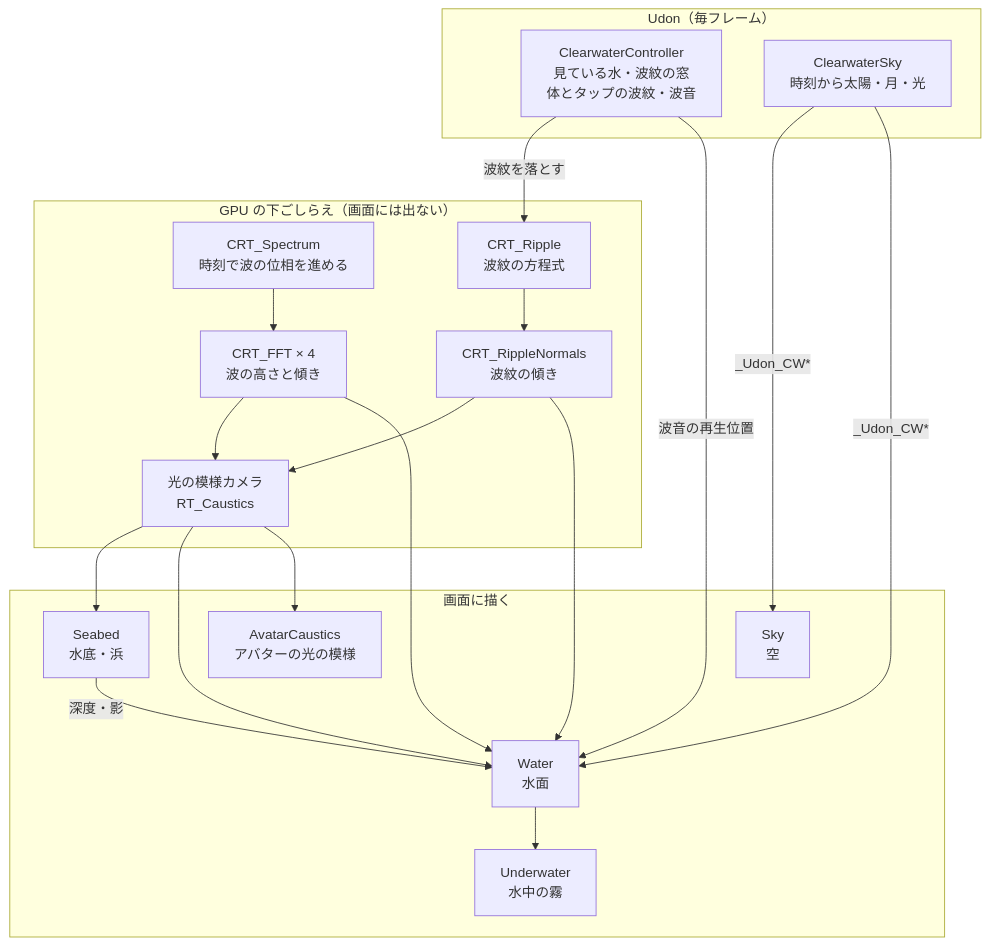
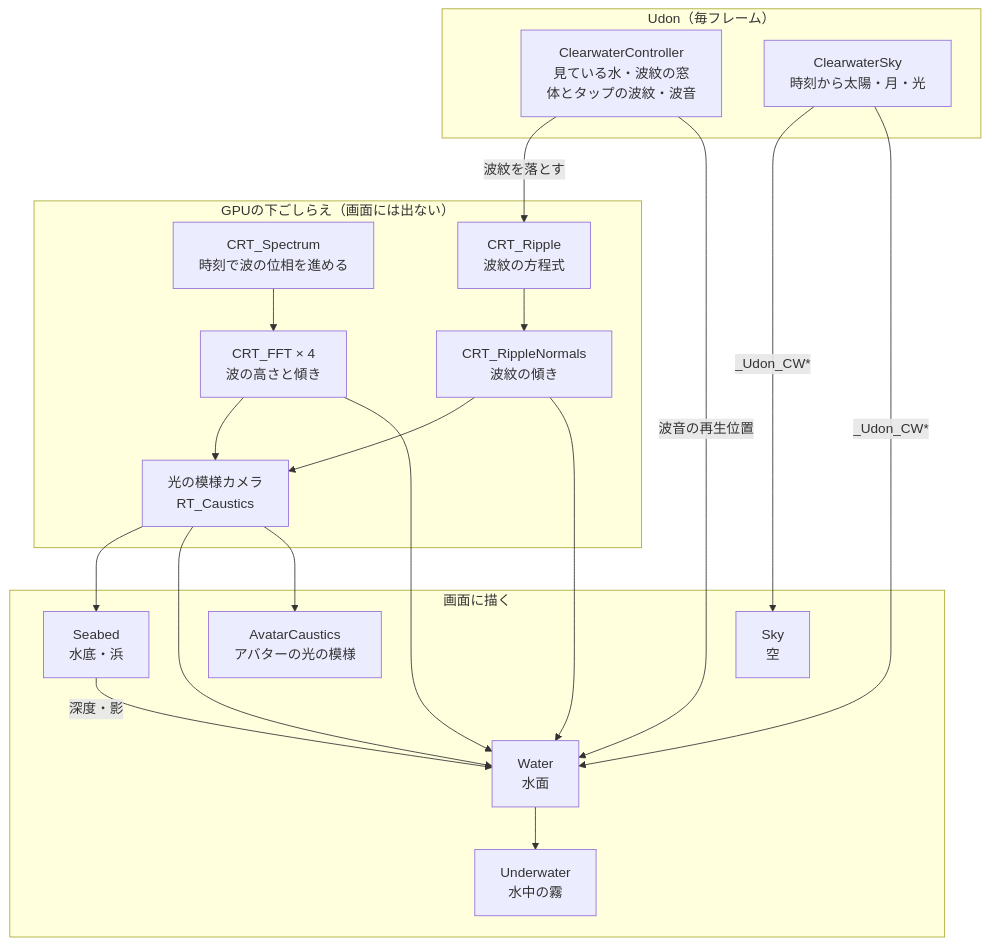
The first of 11 diagrams in docs/technical.md (bmbb93/clearwater-vrc), drawn with Mermaid before and after one commit. The commit also changed other lines of this file and 1 other file, not shown here.

````diff
--- a/docs/technical.md
+++ b/docs/technical.md
@@ -43,31 +43,31 @@
 ```mermaid
 flowchart TB
   subgraph U["Udon（毎フレーム）"]
     CTL["ClearwaterController<br/>見ている水・波紋の窓<br/>体とタップの波紋・波音"]
     SKY["ClearwaterSky<br/>時刻から太陽・月・光"]
   end
-  subgraph P["GPU の下ごしらえ（画面には出ない）"]
+  subgraph P["GPUの下ごしらえ（画面には出ない）"]
     SPEC["CRT_Spectrum<br/>時刻で波の位相を進める"] --> FFT["CRT_FFT × 4<br/>波の高さと傾き"]
     RIP["CRT_Ripple<br/>波紋の方程式"] --> RIPN["CRT_RippleNormals<br/>波紋の傾き"]
     FFT --> CAUS["光の模様カメラ<br/>RT_Caustics"]
     RIPN --> CAUS
   end
   subgraph D["画面に描く"]
     SKYBOX["Sky<br/>空"]
     SEABED["Seabed<br/>水底・浜"]
     WATER["Water<br/>水面"]
     UNDER["Underwater<br/>水中の霧"]
     AVC["AvatarCaustics<br/>アバターの光の模様"]
   end
   CTL -->|波紋を落とす| RIP
   CTL -->|波音の再生位置| WATER
   SKY -->|"_Udon_CW*"| SKYBOX
   SKY -->|"_Udon_CW*"| WATER
   FFT --> WATER
   RIPN --> WATER
   CAUS --> SEABED
   CAUS --> WATER
   CAUS --> AVC
   SEABED -->|深度・影| WATER
   WATER --> UNDER
 ```
````
